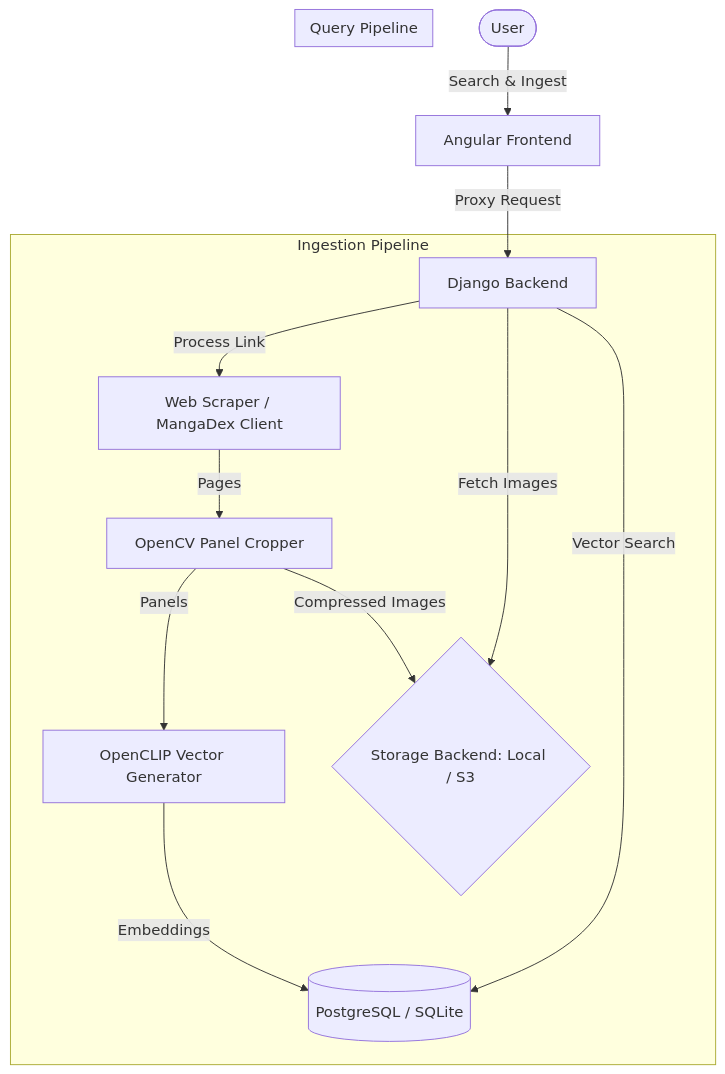
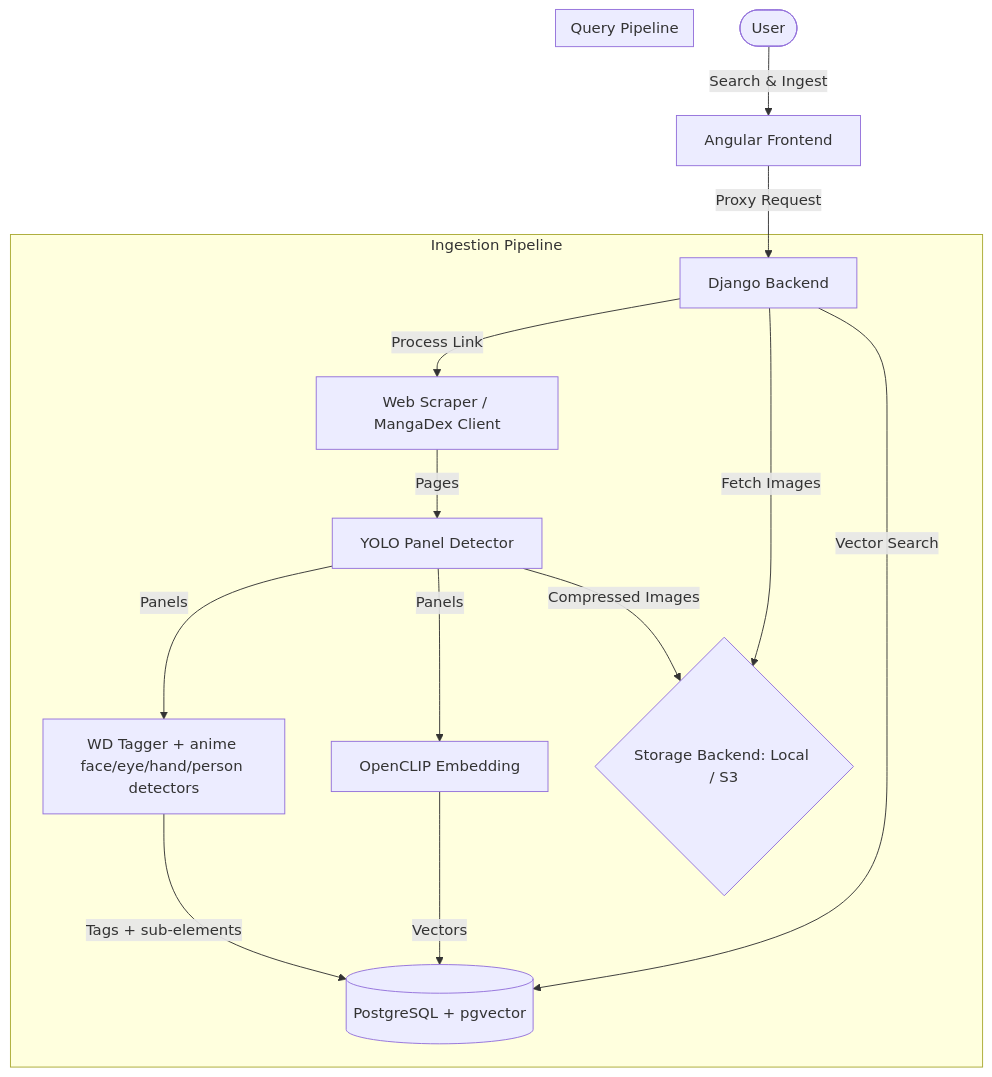
The diagram in README.md (chostudio/manga), drawn with Mermaid before and after one commit. The commit also changed other lines of this file and 20 other files, not shown here.

````diff
--- a/README.md
+++ b/README.md
@@ -22,18 +22,20 @@
 ```mermaid
 graph TD
     User([User]) -->|Search & Ingest| FE[Angular Frontend]
     FE -->|Proxy Request| BE[Django Backend]
     
     subgraph Ingestion Pipeline
         BE -->|Process Link| Scraper[Web Scraper / MangaDex Client]
-        Scraper -->|Pages| OpenCV[OpenCV Panel Cropper]
-        OpenCV -->|Panels| OpenCLIP[OpenCLIP Vector Generator]
-        OpenCLIP -->|Embeddings| DB[(PostgreSQL / SQLite)]
-        OpenCV -->|Compressed Images| Storage{Storage Backend: Local / S3}
+        Scraper -->|Pages| YOLO[YOLO Panel Detector]
+        YOLO -->|Panels| Tagger[WD Tagger + anime face/eye/hand/person detectors]
+        Tagger -->|Tags + sub-elements| DB[(PostgreSQL + pgvector)]
+        YOLO -->|Panels| OpenCLIP[OpenCLIP Embedding]
+        OpenCLIP -->|Vectors| DB
+        YOLO -->|Compressed Images| Storage{Storage Backend: Local / S3}
     end
 
     subgraph Query Pipeline
         BE -->|Vector Search| DB
         BE -->|Fetch Images| Storage
     end
 ```
````
